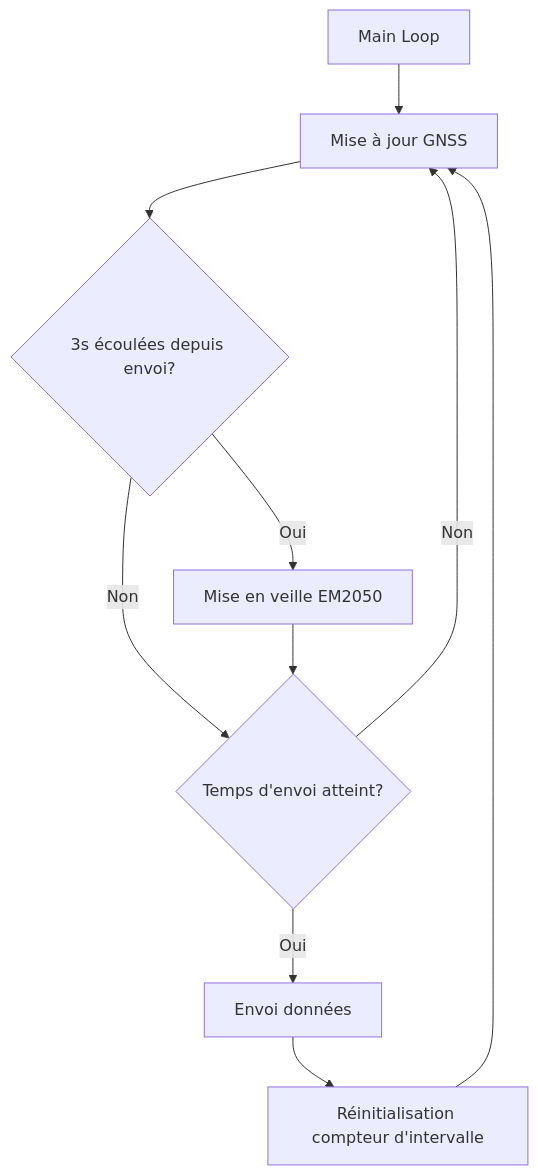
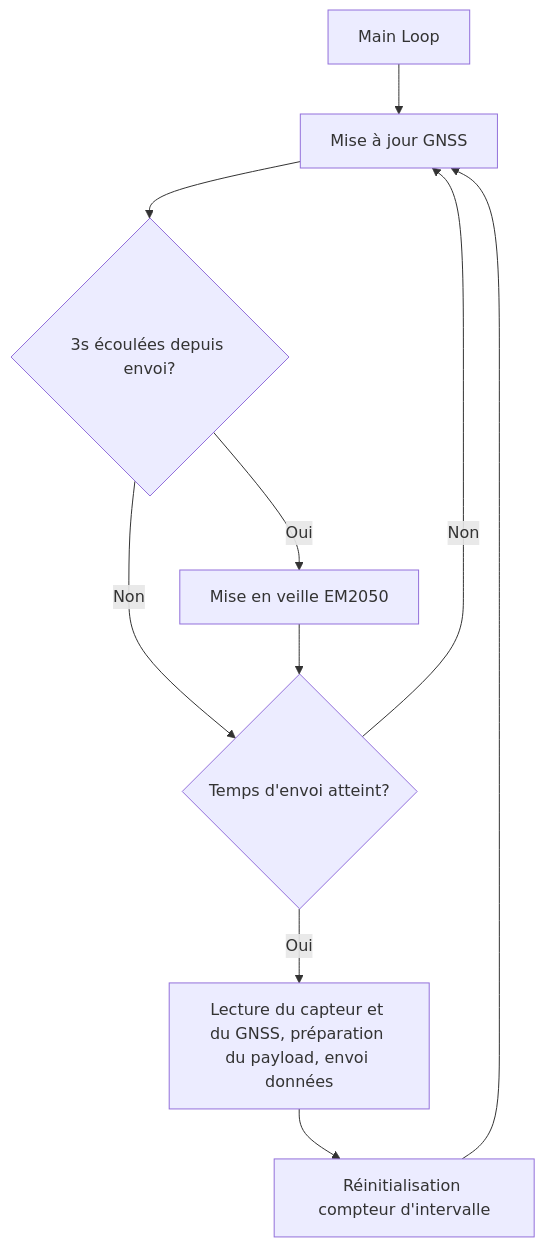
The second of 2 diagrams in README.md (OmnelF/projet-objet-connecte), drawn with Mermaid before and after one commit.

````diff
--- a/README.md
+++ b/README.md
@@ -78,12 +78,12 @@
 ```mermaid
 flowchart TD
     MAIN[Main Loop] --> UPDATE_GNSS[Mise à jour GNSS]
     UPDATE_GNSS --> CHECK_LP{3s écoulées depuis envoi?}
     CHECK_LP -- Oui --> SLEEP[Mise en veille EM2050]
     CHECK_LP -- Non --> CHECK_SEND
     SLEEP --> CHECK_SEND{Temps d'envoi atteint?}
-    CHECK_SEND -- Oui --> SEND[Envoi données]
+    CHECK_SEND -- Oui --> SEND[Lecture du capteur et du GNSS, préparation du payload, envoi données]
     CHECK_SEND -- Non --> UPDATE_GNSS
     SEND --> UPDATE_TIMESTAMP[Réinitialisation compteur d'intervalle]
     UPDATE_TIMESTAMP --> UPDATE_GNSS
 ```
````
